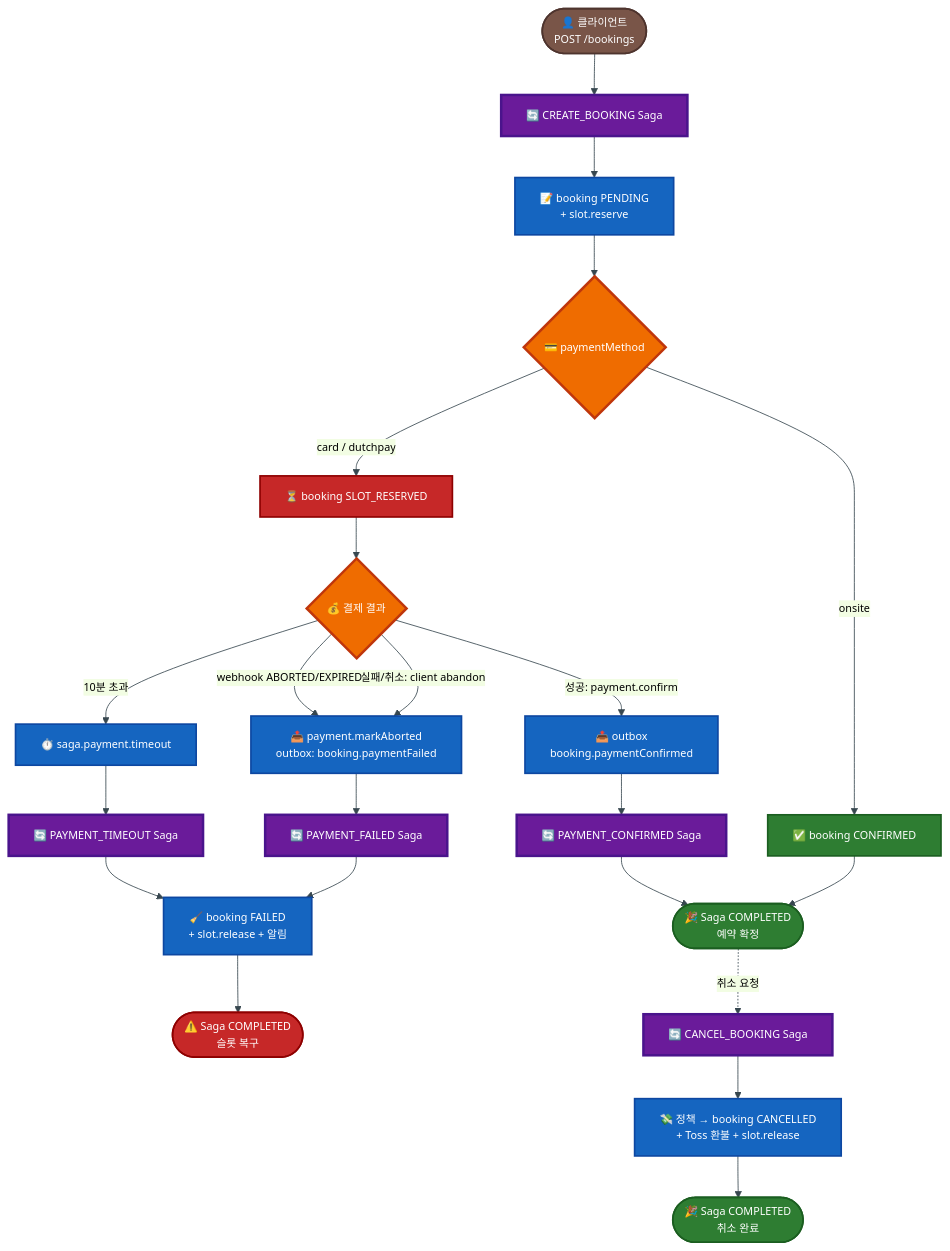
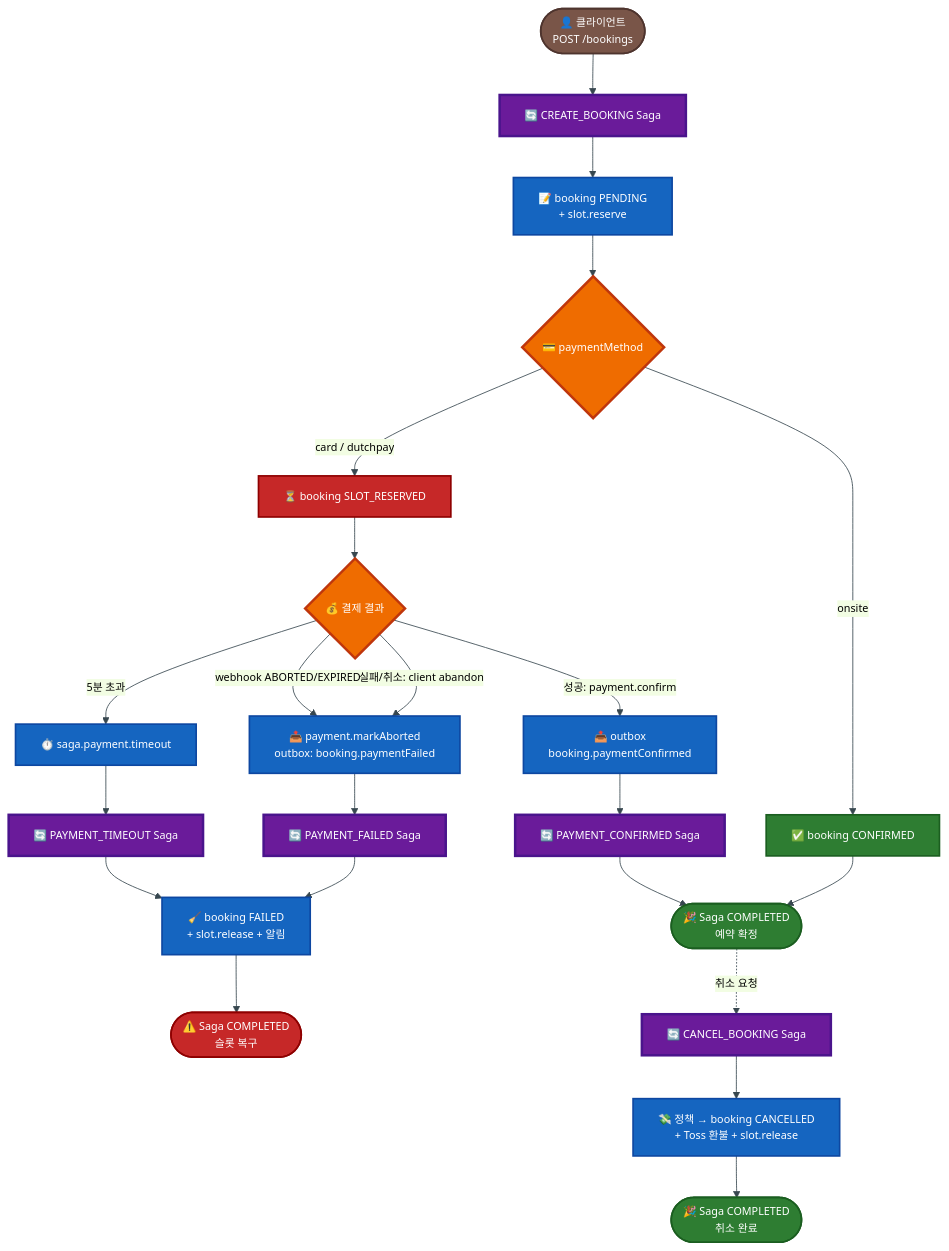
The fourth of 4 diagrams in docs/workflow/SAGA.md (uniyous/parkgolf-platform), drawn with Mermaid before and after one commit. The commit also changed other lines of this file and 5 other files, not shown here.

````diff
--- a/docs/workflow/SAGA.md
+++ b/docs/workflow/SAGA.md
@@ -397,45 +397,45 @@
 ```mermaid
 %%{init: {'theme':'base','themeVariables':{'primaryColor':'#E3F2FD','primaryTextColor':'#000','primaryBorderColor':'#1565C0','lineColor':'#37474F','clusterBkg':'#ECEFF1','fontSize':'13px'}}}%%
 flowchart TD
     Start(["👤 클라이언트<br/>POST /bookings"]) --> CB["🔄 CREATE_BOOKING Saga"]
     CB --> CB1["📝 booking PENDING<br/>+ slot.reserve"]
     CB1 --> CB4{"💳 paymentMethod"}
 
     CB4 -->|onsite| CB5a["✅ booking CONFIRMED"]
     CB4 -->|card / dutchpay| CB5b["⏳ booking SLOT_RESERVED"]
 
     CB5a --> Done1(["🎉 Saga COMPLETED<br/>예약 확정"])
 
     CB5b --> Wait{"💰 결제 결과"}
     Wait -->|성공: payment.confirm| PaySuc["📤 outbox<br/>booking.paymentConfirmed"]
     Wait -->|실패/취소: client abandon| PayFail["📤 payment.markAborted<br/>outbox: booking.paymentFailed"]
-    Wait -->|10분 초과| PayTO["⏱️ saga.payment.timeout"]
+    Wait -->|5분 초과| PayTO["⏱️ saga.payment.timeout"]
     Wait -->|webhook ABORTED/EXPIRED| PayFail
 
     PaySuc --> PC["🔄 PAYMENT_CONFIRMED Saga"]
     PC --> Done1
 
     PayFail --> PF["🔄 PAYMENT_FAILED Saga"]
     PayTO --> PT["🔄 PAYMENT_TIMEOUT Saga"]
     PF --> Cleanup["🧹 booking FAILED<br/>+ slot.release + 알림"]
     PT --> Cleanup
     Cleanup --> Done2(["⚠️ Saga COMPLETED<br/>슬롯 복구"])
 
     Done1 -.취소 요청.-> Cancel["🔄 CANCEL_BOOKING Saga"]
     Cancel --> CN["💸 정책 → booking CANCELLED<br/>+ Toss 환불 + slot.release"]
     CN --> Done3(["🎉 Saga COMPLETED<br/>취소 완료"])
 
     classDef ext fill:#795548,color:#fff,stroke:#4E342E,stroke-width:2px
     classDef saga fill:#6A1B9A,color:#fff,stroke:#4A148C,stroke-width:3px
     classDef proc fill:#1565C0,color:#fff,stroke:#0D47A1,stroke-width:2px
     classDef wait fill:#EF6C00,color:#fff,stroke:#BF360C,stroke-width:3px
     classDef ok fill:#2E7D32,color:#fff,stroke:#1B5E20,stroke-width:2px
     classDef fail fill:#C62828,color:#fff,stroke:#8E0000,stroke-width:2px
 
     class Start ext
     class CB,PC,PF,PT,Cancel saga
     class CB1,PaySuc,PayFail,PayTO,Cleanup,CN proc
     class CB4,Wait wait
     class CB5a,Done1,Done3 ok
     class CB5b,Done2 fail
 ```
````
